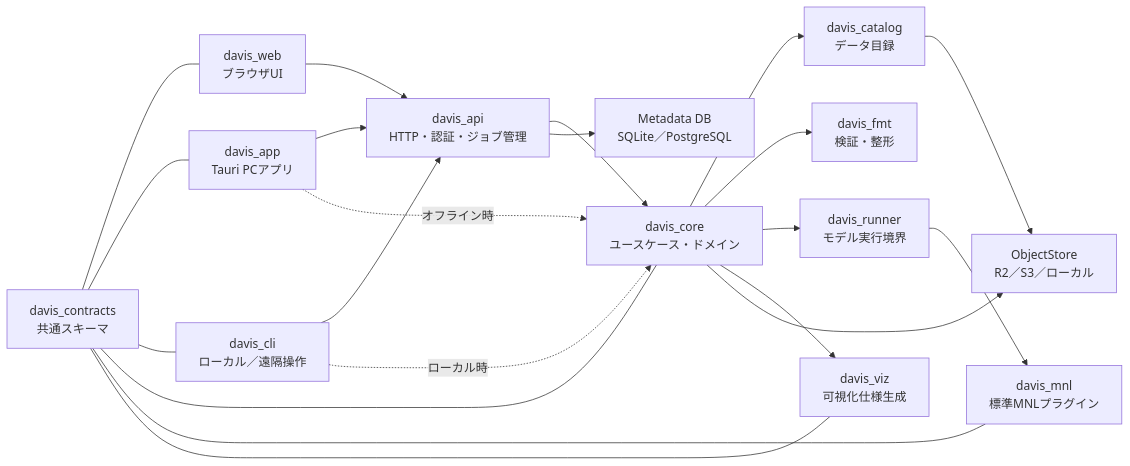
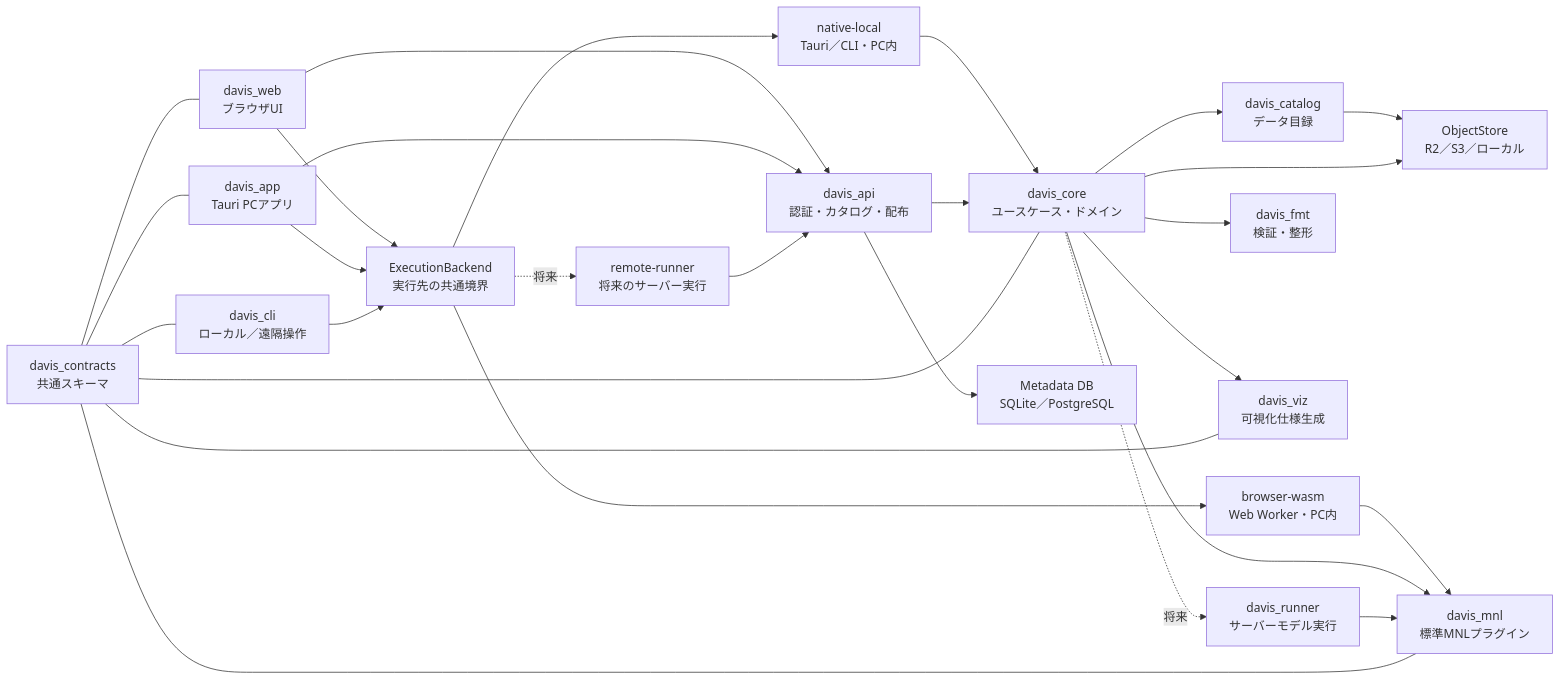
One commit to bin-utokyo/davis changed the diagram in docs/davis-platform-concept.md. Above: the diagram before and after it, drawn with Mermaid. The commit also changed other lines of this file, not shown here.

````diff
--- a/docs/davis-platform-concept.md
+++ b/docs/davis-platform-concept.md
@@ -100,37 +136,48 @@
 ```mermaid
 flowchart LR
     Web["davis_web<br/>ブラウザUI"]
     App["davis_app<br/>Tauri PCアプリ"]
     CLI["davis_cli<br/>ローカル／遠隔操作"]
-    API["davis_api<br/>HTTP・認証・ジョブ管理"]
+    Gateway["ExecutionBackend<br/>実行先の共通境界"]
+    Wasm["browser-wasm<br/>Web Worker・PC内"]
+    Native["native-local<br/>Tauri／CLI・PC内"]
+    Remote["remote-runner<br/>将来のサーバー実行"]
+    API["davis_api<br/>認証・カタログ・配布"]
     Core["davis_core<br/>ユースケース・ドメイン"]
     Contracts["davis_contracts<br/>共通スキーマ"]
     Catalog["davis_catalog<br/>データ目録"]
     Fmt["davis_fmt<br/>検証・整形"]
     MNL["davis_mnl<br/>標準MNLプラグイン"]
     Viz["davis_viz<br/>可視化仕様生成"]
-    Runner["davis_runner<br/>モデル実行境界"]
+    Runner["davis_runner<br/>サーバーモデル実行"]
     Store["ObjectStore<br/>R2／S3／ローカル"]
     Meta["Metadata DB<br/>SQLite／PostgreSQL"]
 
     Web --> API
     App --> API
-    App -. "オフライン時" .-> Core
-    CLI --> API
-    CLI -. "ローカル時" .-> Core
+    Web --> Gateway
+    App --> Gateway
+    CLI --> Gateway
+    Gateway --> Wasm
+    Gateway --> Native
+    Gateway -. "将来" .-> Remote
+    Wasm --> MNL
+    Native --> Core
+    Remote --> API
     API --> Core
     Core --> Catalog
     Core --> Fmt
-    Core --> Runner
+    Core --> MNL
+    Core -. "将来" .-> Runner
     Runner --> MNL
     Core --> Viz
     Catalog --> Store
     Core --> Store
     API --> Meta
     Contracts --- Web
     Contracts --- App
     Contracts --- CLI
     Contracts --- Core
     Contracts --- MNL
     Contracts --- Viz
 ```
````
